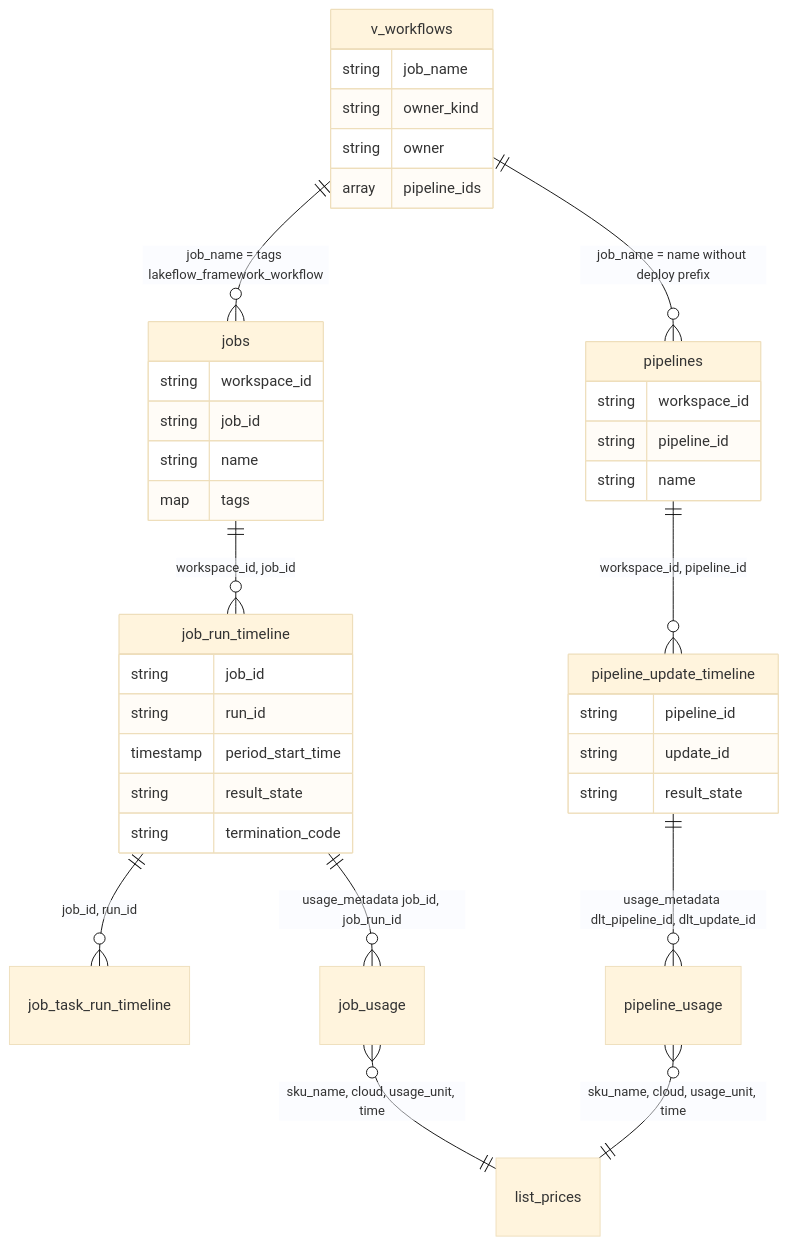
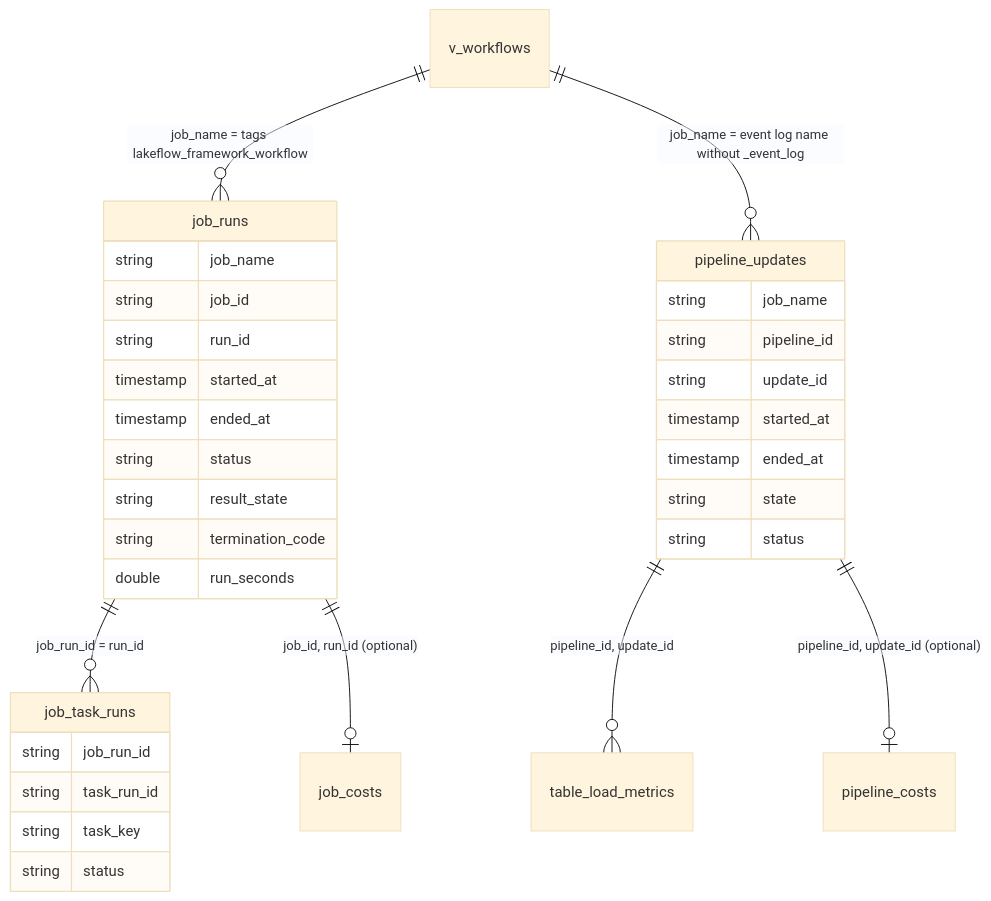
The sixth of 9 diagrams in framework_docs/ARCHITECTURE.md (NitinKeshavB/framework), drawn with Mermaid (base theme) before and after one commit. The commit also changed other lines of this file and 14 other files, not shown here.

First line of the commit message:
Run status without system table grants; system views optional per target

````diff
--- a/framework_docs/ARCHITECTURE.md
+++ b/framework_docs/ARCHITECTURE.md
@@ -226,41 +235,35 @@
 ```mermaid
 erDiagram
-  v_workflows ||--o{ jobs : "job_name = tags lakeflow_framework_workflow"
-  jobs ||--o{ job_run_timeline : "workspace_id, job_id"
-  job_run_timeline ||--o{ job_task_run_timeline : "job_id, run_id"
-  job_run_timeline ||--o{ job_usage : "usage_metadata job_id, job_run_id"
-  v_workflows ||--o{ pipelines : "job_name = name without deploy prefix"
-  pipelines ||--o{ pipeline_update_timeline : "workspace_id, pipeline_id"
-  pipeline_update_timeline ||--o{ pipeline_usage : "usage_metadata dlt_pipeline_id, dlt_update_id"
-  job_usage }o--|| list_prices : "sku_name, cloud, usage_unit, time"
-  pipeline_usage }o--|| list_prices : "sku_name, cloud, usage_unit, time"
-  v_workflows {
+  v_workflows ||--o{ job_runs : "job_name = tags lakeflow_framework_workflow"
+  job_runs ||--o{ job_task_runs : "job_run_id = run_id"
+  v_workflows ||--o{ pipeline_updates : "job_name = event log name without _event_log"
+  pipeline_updates ||--o{ table_load_metrics : "pipeline_id, update_id"
+  job_runs ||--o| job_costs : "job_id, run_id (optional)"
+  pipeline_updates ||--o| pipeline_costs : "pipeline_id, update_id (optional)"
+  job_runs {
     string job_name
-    string owner_kind
-    string owner
-    array pipeline_ids
-  }
-  jobs {
-    string workspace_id
-    string job_id
-    string name
-    map tags
-  }
-  job_run_timeline {
     string job_id
     string run_id
-    timestamp period_start_time
+    timestamp started_at
+    timestamp ended_at
+    string status
     string result_state
     string termination_code
+    double run_seconds
   }
-  pipelines {
-    string workspace_id
-    string pipeline_id
-    string name
+  job_task_runs {
+    string job_run_id
+    string task_run_id
+    string task_key
+    string status
   }
-  pipeline_update_timeline {
+  pipeline_updates {
+    string job_name
     string pipeline_id
     string update_id
-    string result_state
+    timestamp started_at
+    timestamp ended_at
+    string state
+    string status
   }
 ```
````
